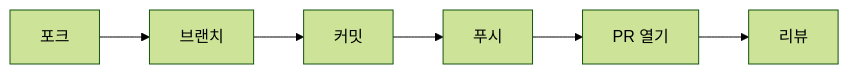
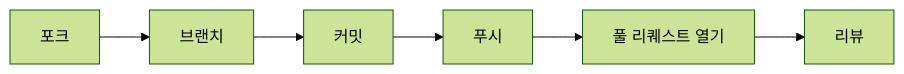
One commit to yeongseon-books/book-content changed the diagram in content/open-source-101/ko/04-creating-pull-requests.md. Above: the diagram before and after it, drawn with Mermaid (forest theme). The commit also changed other lines of this file and 9 other files, not shown here.

````diff
--- a/content/open-source-101/ko/04-creating-pull-requests.md
+++ b/content/open-source-101/ko/04-creating-pull-requests.md
@@ -47,8 +49,8 @@
 ```mermaid
 flowchart LR
     F[포크] --> B[브랜치]
     B --> C[커밋]
     C --> P[푸시]
-    P --> O[PR 열기]
+    P --> O[풀 리퀘스트 열기]
     O --> R[리뷰]
 ```
````
